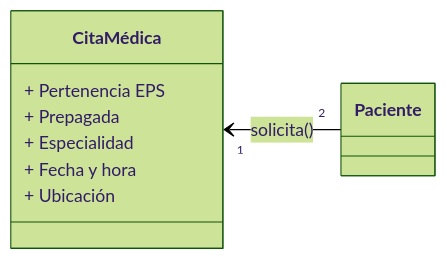
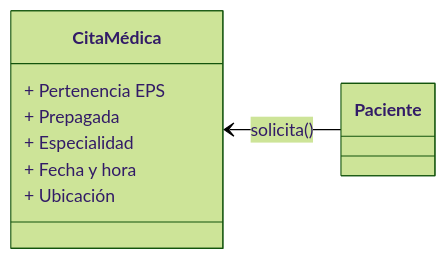
The first of 2 diagrams in README.md (MariaAleja05/Reto2_POO_ServicioMedico), drawn with Mermaid (forest theme) before and after one commit.

````diff
--- a/README.md
+++ b/README.md
@@ -7,15 +7,15 @@
 ```mermaid
 classDiagram
     direction RL
     class CitaMédica{
         + Pertenencia EPS
         + Prepagada
         + Especialidad
         + Fecha y hora
         + Ubicación
     }
     class Paciente{
         
     }
-    Paciente"2" --> "1" CitaMédica : solicita()
+    Paciente --> CitaMédica : solicita()
 ```
````
